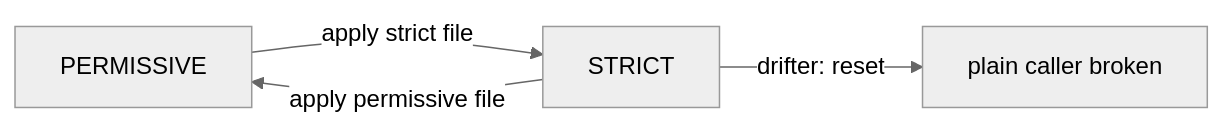
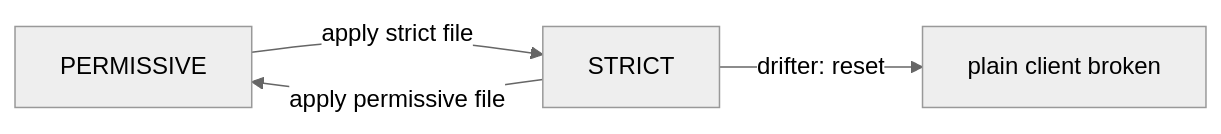
Before and after one commit to astrona-io/ATS015: the diagram in sections/section-010/module-03/course-02-write-down-where-you-stand.md, drawn with Mermaid (neutral theme). The commit also changed other lines of this file and 20 other files, not shown here.

````diff
--- a/sections/section-010/module-03/course-02-write-down-where-you-stand.md
+++ b/sections/section-010/module-03/course-02-write-down-where-you-stand.md
@@ -136,6 +136,6 @@
 ```mermaid
 flowchart LR
     P["PERMISSIVE"] -->|"apply strict file"| S["STRICT"]
-    S -->|"drifter: reset"| X["plain caller broken"]
+    S -->|"drifter: reset"| X["plain client broken"]
     S -->|"apply permissive file"| P
 ```
````
